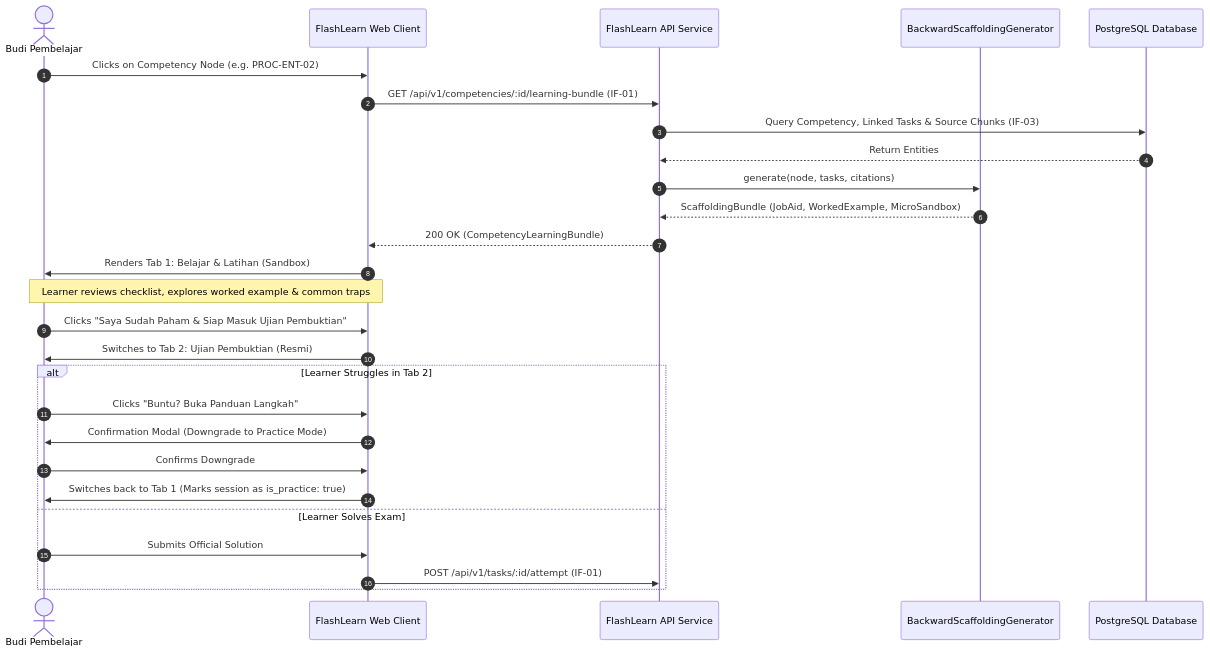
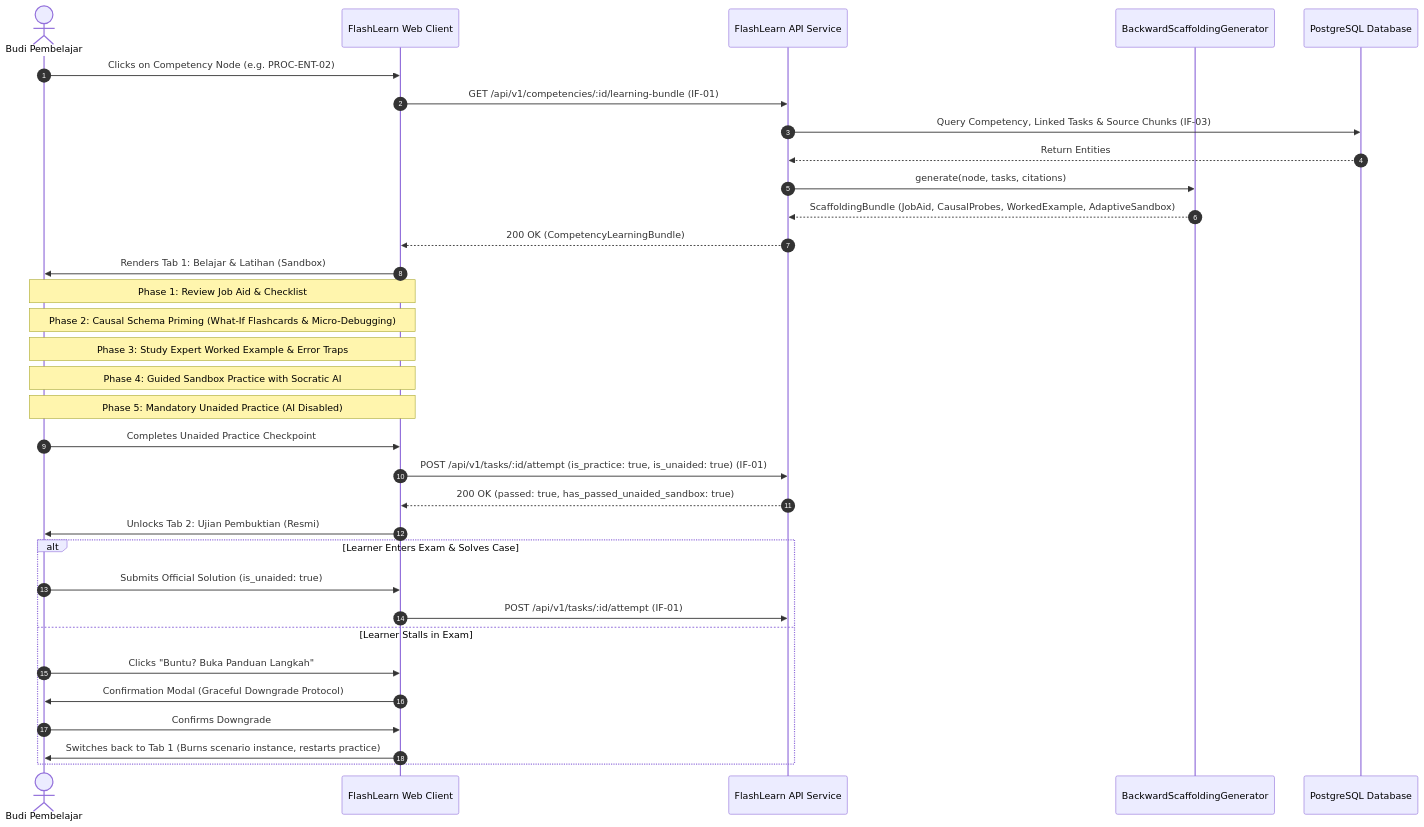
The first of 3 diagrams in docs/architecture/06_runtime_view.md (ihkaru/flashlearn), drawn with Mermaid before and after one commit. The commit also changed other lines of this file and 3 other files, not shown here.

Commit message:
docs(arc42): synchronize ADRs, risk register, runtime view, and glossary with causal priming and unaided gate

````diff
--- a/docs/architecture/06_runtime_view.md
+++ b/docs/architecture/06_runtime_view.md
@@ -28,33 +28,39 @@
 ```mermaid
 sequenceDiagram
     autonumber
     actor Learner as Budi Pembelajar
     participant Web as FlashLearn Web Client
     participant API as FlashLearn API Service
     participant Scaffolder as BackwardScaffoldingGenerator
     participant DB as PostgreSQL Database
 
     Learner->>Web: Clicks on Competency Node (e.g. PROC-ENT-02)
     Web->>API: GET /api/v1/competencies/:id/learning-bundle (IF-01)
     API->>DB: Query Competency, Linked Tasks & Source Chunks (IF-03)
     DB-->>API: Return Entities
     API->>Scaffolder: generate(node, tasks, citations)
-    Scaffolder-->>API: ScaffoldingBundle (JobAid, WorkedExample, MicroSandbox)
+    Scaffolder-->>API: ScaffoldingBundle (JobAid, CausalProbes, WorkedExample, AdaptiveSandbox)
     API-->>Web: 200 OK (CompetencyLearningBundle)
     
     Web->>Learner: Renders Tab 1: Belajar & Latihan (Sandbox)
-    Note over Learner,Web: Learner reviews checklist, explores worked example & common traps
+    Note over Learner,Web: Phase 1: Review Job Aid & Checklist
+    Note over Learner,Web: Phase 2: Causal Schema Priming (What-If Flashcards & Micro-Debugging)
+    Note over Learner,Web: Phase 3: Study Expert Worked Example & Error Traps
+    Note over Learner,Web: Phase 4: Guided Sandbox Practice with Socratic AI
+    Note over Learner,Web: Phase 5: Mandatory Unaided Practice (AI Disabled)
+
+    Learner->>Web: Completes Unaided Practice Checkpoint
+    Web->>API: POST /api/v1/tasks/:id/attempt (is_practice: true, is_unaided: true) (IF-01)
+    API-->>Web: 200 OK (passed: true, has_passed_unaided_sandbox: true)
+    Web->>Learner: Unlocks Tab 2: Ujian Pembuktian (Resmi)
     
-    Learner->>Web: Clicks "Saya Sudah Paham & Siap Masuk Ujian Pembuktian"
-    Web->>Learner: Switches to Tab 2: Ujian Pembuktian (Resmi)
-    
-    alt Learner Struggles in Tab 2
+    alt Learner Enters Exam & Solves Case
+        Learner->>Web: Submits Official Solution (is_unaided: true)
+        Web->>API: POST /api/v1/tasks/:id/attempt (IF-01)
+    else Learner Stalls in Exam
         Learner->>Web: Clicks "Buntu? Buka Panduan Langkah"
-        Web->>Learner: Confirmation Modal (Downgrade to Practice Mode)
+        Web->>Learner: Confirmation Modal (Graceful Downgrade Protocol)
         Learner->>Web: Confirms Downgrade
-        Web->>Learner: Switches back to Tab 1 (Marks session as is_practice: true)
-    else Learner Solves Exam
-        Learner->>Web: Submits Official Solution
-        Web->>API: POST /api/v1/tasks/:id/attempt (IF-01)
+        Web->>Learner: Switches back to Tab 1 (Burns scenario instance, restarts practice)
     end
 ```
````
